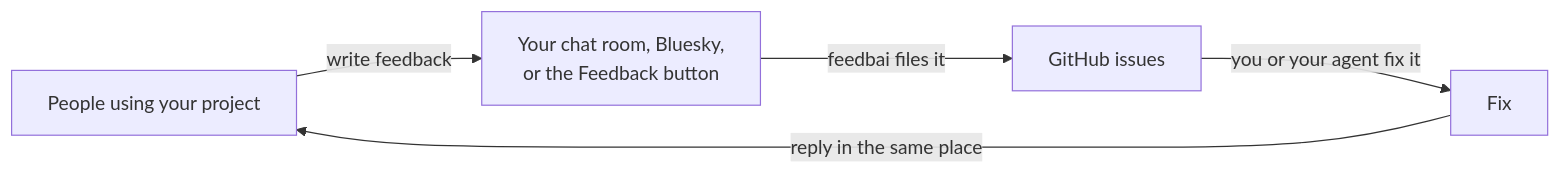
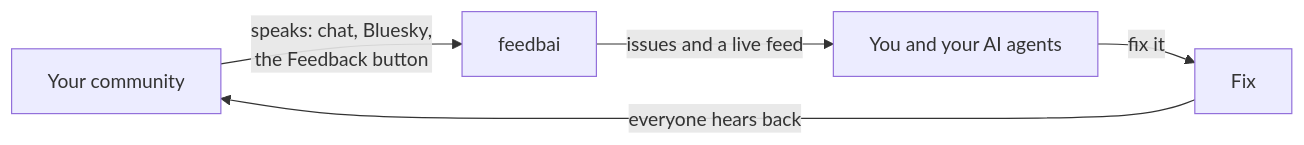
One commit to internet4000/feedbai changed the diagram in README.md. Above: the diagram before and after it, drawn with Mermaid. The commit also changed other lines of this file and 4 other files, not shown here.

First line of the commit message:
Positioning: "Hear your community. Let your agents act on it."

````diff
--- a/README.md
+++ b/README.md
@@ -5,7 +7,7 @@
 ```mermaid
 flowchart LR
-  people["People using your project"] -->|"write feedback"| places["Your chat room, Bluesky,<br/>or the Feedback button"]
-  places -->|"feedbai files it"| issues["GitHub issues"]
-  issues -->|"you or your agent fix it"| fix["Fix"]
-  fix -->|"reply in the same place"| people
+  people["Your community"] -->|"speaks: chat, Bluesky,<br/>the Feedback button"| feedbai["feedbai"]
+  feedbai -->|"issues and a live feed"| agents["You and your AI agents"]
+  agents -->|"fix it"| fix["Fix"]
+  fix -->|"everyone hears back"| people
 ```
````
